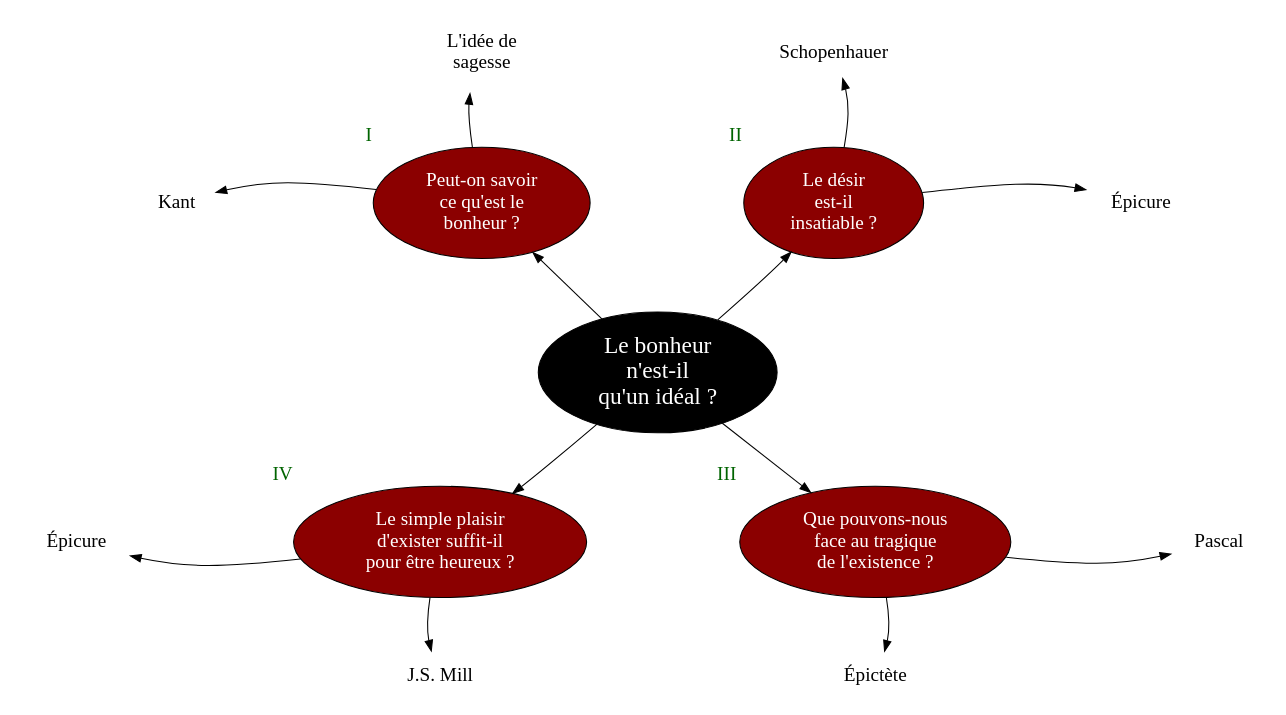
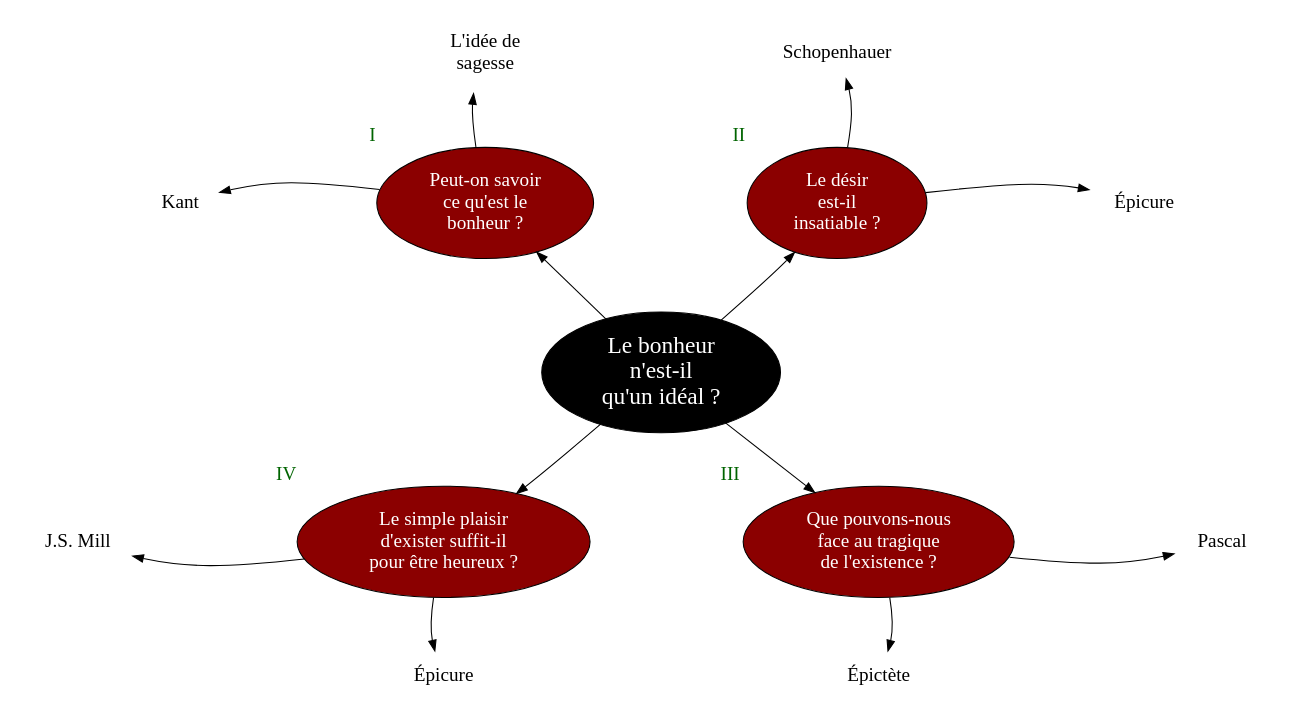
Before and after one commit to eyssette/graphviz-examples: the diagram in plans/test-plan-2.dot, drawn with Graphviz. The commit also changed 1 other file, not shown here.

```diff
--- a/plans/test-plan-2.dot
+++ b/plans/test-plan-2.dot
@@ -1,66 +1,64 @@
 digraph G {
 splines=curved
 nodesep=2
 ranksep=0.7
 
 node[style=filled, fontcolor=white, fillcolor=black]
 N[label="Le bonheur
 n'est-il
 qu'un idéal ?", fontsize=22]
 
 node[style="rounded, filled", shape=oval, margin=0.1, fillcolor=red4, penwidth=1, fontsize=18, fontcolor=white]
 {a,c}->N[dir=back]
 N->{b,d}
 
 
 {rank=same
 a->c[style=invis]
 }
 
 {rank=same
 d->b[style=invis]
 }
 
 
 // edge[style=invis]
 
 
 
 a[label="Peut-on savoir
 ce qu'est le
 bonheur ?",xlabel=<<FONT color="darkgreen">I</FONT>>]
 c[label="Le désir
 est-il
 insatiable ?",xlabel=<<FONT color="darkgreen">II</FONT>>]
 b[label="Que pouvons-nous
 face au tragique
 de l'existence ?",xlabel=<<FONT color="darkgreen">III</FONT>>]
 d[label="Le simple plaisir
 d'exister suffit-il
 pour être heureux ?",xlabel=<<FONT color="darkgreen">IV</FONT>>]
 
 
 node[color=red4, fillcolor=white, fontcolor=black, penwidth=0]
 {rank=same;a1->a[dir=back]}
 a2->a[dir=back]
 c1->c[dir=back]
 {rank=same;c->c2}
 {rank=same;b->b1}
 b->b2
 {rank=same;d1->d[dir=back]}
 d->d2
 
 
 a1[label="Kant"]
 a2[label="L'idée de
 sagesse"]
 b1[label="Pascal"]
 b2[label="Épictète"]
 c1[label="Schopenhauer"]
 c2[label="Épicure"]
-d1[label="Épicure"]
-d2[label="J.S. Mill"]
-
-
+d2[label="Épicure"]
+d1[label="J.S. Mill"]
 
 }
```
